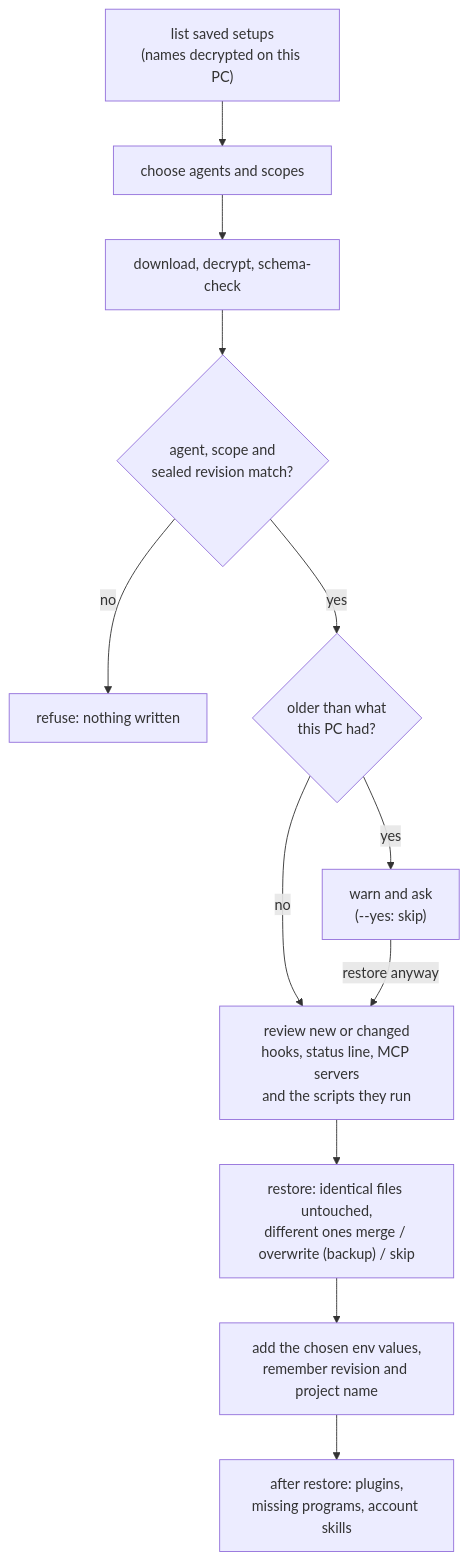
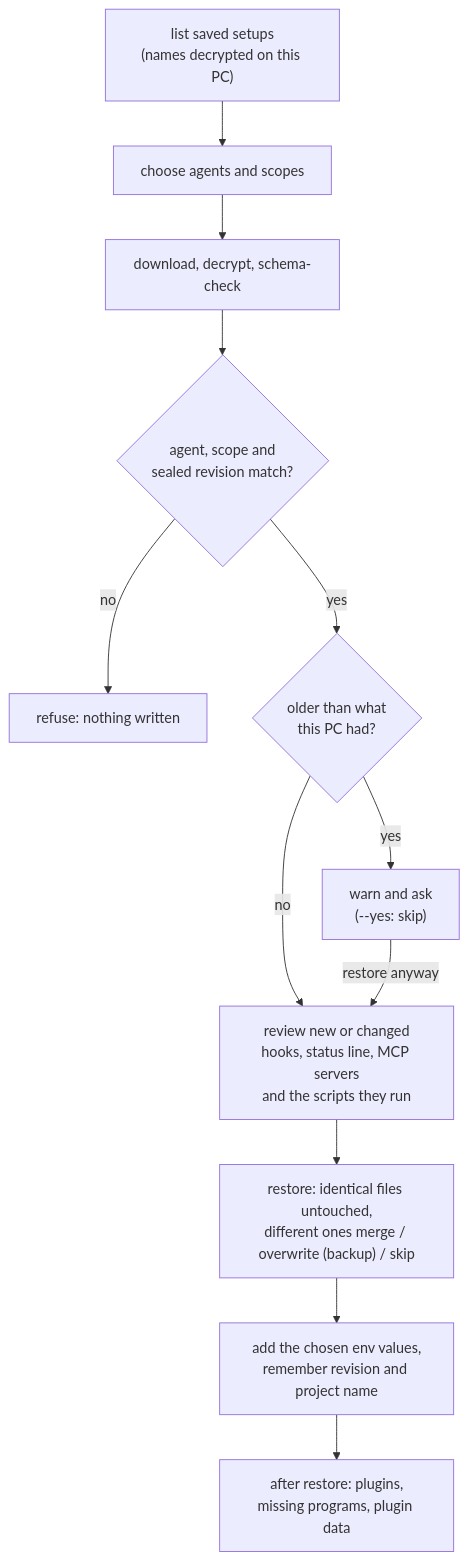
Before and after one commit to A1X6/agent-nomad: the fifth of 5 diagrams in docs/ARCHITECTURE.md, drawn with Mermaid. The commit also changed other lines of this file and 6 other files, not shown here.

````diff
--- a/docs/ARCHITECTURE.md
+++ b/docs/ARCHITECTURE.md
@@ -279,14 +279,14 @@
 ```mermaid
 flowchart TD
   L["list saved setups<br/>(names decrypted on this PC)"] --> C["choose agents and scopes"]
   C --> D["download, decrypt, schema-check"]
   D --> V{"agent, scope and<br/>sealed revision match?"}
   V -- no --> X["refuse: nothing written"]
   V -- yes --> O{"older than what<br/>this PC had?"}
   O -- yes --> Q["warn and ask<br/>(--yes: skip)"]
   O -- no --> R
   Q -- restore anyway --> R["review new or changed<br/>hooks, status line, MCP servers<br/>and the scripts they run"]
   R --> W["restore: identical files untouched,<br/>different ones merge / overwrite (backup) / skip"]
   W --> S["add the chosen env values,<br/>remember revision and project name"]
-  S --> A["after restore: plugins,<br/>missing programs, account skills"]
+  S --> A["after restore: plugins,<br/>missing programs, plugin data"]
 ```
````
